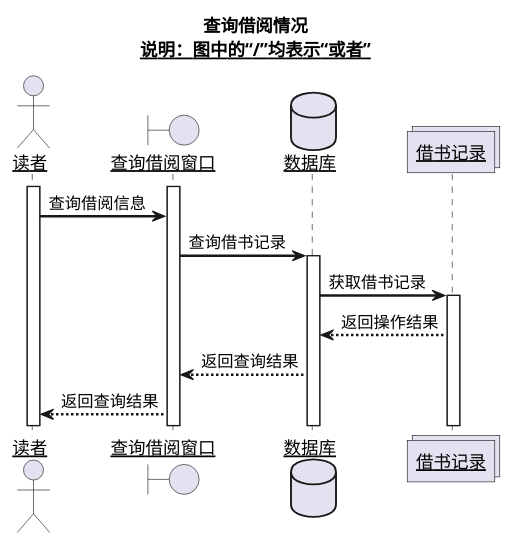
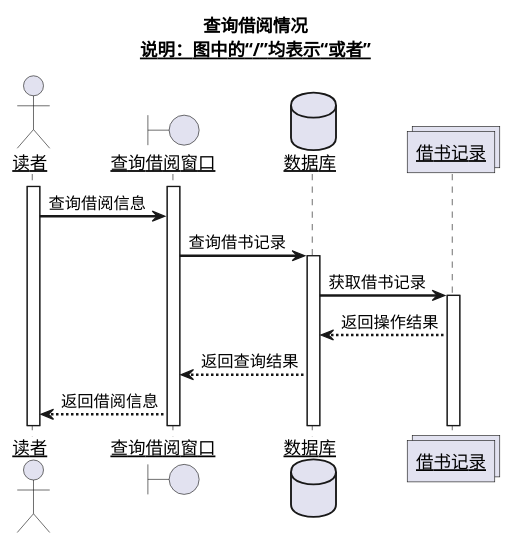
The diagram in test4/sequence11.md (Landy7/is_analysis), drawn with PlantUML before and after one commit. The commit also changed 8 other files, not shown here.

```diff
--- a/test4/sequence11.md
+++ b/test4/sequence11.md
@@ -1,24 +1,24 @@
 @startuml
 title
  查询借阅情况
  <u>说明：图中的“/”均表示“或者”</u>
 end title
 skinparam sequenceArrowThickness 2
 skinparam maxmessagesize 60
 skinparam sequenceParticipant underline
 actor "读者" as U
 boundary "查询借阅窗口   " as A
 database "数据库" as B
 collections "借书记录" as C
 activate U
 activate A
 U ->A:查询借阅信息
 A ->B:查询借书记录
 activate B
 B ->C:获取借书记录
 activate C
 C -->B:返回操作结果
 B -->A:返回查询结果
-A -->U:返回查询结果
+A -->U:返回借阅信息
 
 @enduml
```
